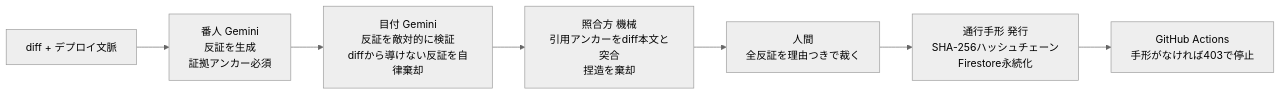
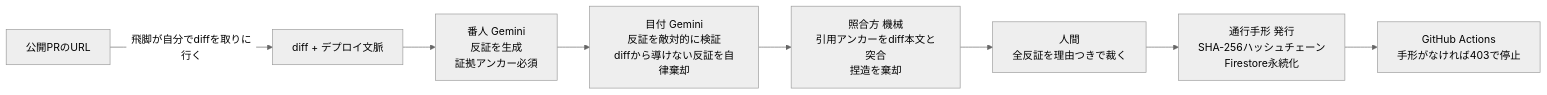
The diagram in README.md (USHIKUNDESUYO/sekisho), drawn with Mermaid (neutral theme) before and after one commit. The commit also changed other lines of this file and 6 other files, not shown here.

````diff
--- a/README.md
+++ b/README.md
@@ -35,9 +35,10 @@
 ```mermaid
 flowchart LR
+    Z[公開PRのURL] -->|飛脚が自分でdiffを取りに行く| A
     A[diff + デプロイ文脈] --> B[番人 Gemini<br/>反証を生成<br/>証拠アンカー必須]
     B --> C[目付 Gemini<br/>反証を敵対的に検証<br/>diffから導けない反証を自律棄却]
     C --> D[照合方 機械<br/>引用アンカーをdiff本文と突合<br/>捏造を棄却]
     D --> E[人間<br/>全反証を理由つきで裁く]
     E --> F[通行手形 発行<br/>SHA-256ハッシュチェーン<br/>Firestore永続化]
     F --> G[GitHub Actions<br/>手形がなければ403で停止]
 ```
````
